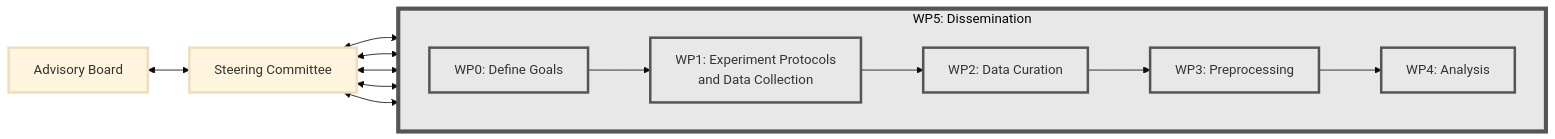
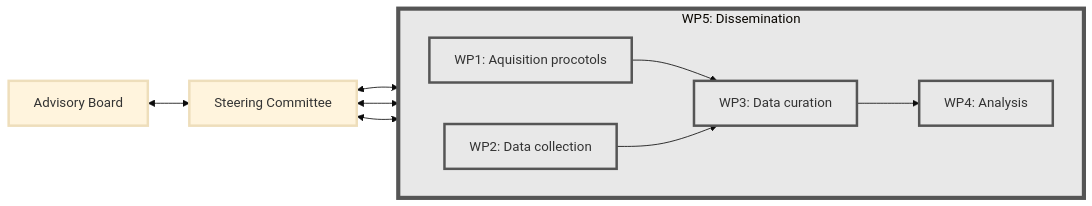
The diagram in index.qmd (JuliusWelzel/eegmanysteps), drawn with Mermaid (base theme) before and after one commit. The commit also changed other lines of this file, not shown here.

````diff
--- a/index.qmd
+++ b/index.qmd
@@ -40,37 +40,32 @@
 ```{mermaid}
 graph LR
     style A stroke-width:3px,corner-radius:5px
     style S stroke-width:3px,corner-radius:5px
-    style B0 fill:#E8E8E8,stroke:#555,stroke-width:3px,corner-radius:5px
     style B2 fill:#E8E8E8,stroke:#555,stroke-width:3px,corner-radius:5px
     style B3 fill:#E8E8E8,stroke:#555,stroke-width:3px,corner-radius:5px
     style B4 fill:#E8E8E8,stroke:#555,stroke-width:3px,corner-radius:5px
     style B5 fill:#E8E8E8,stroke:#555,stroke-width:3px,corner-radius:5px
     style B6 fill:#E8E8E8,stroke:#555,stroke-width:5px,corner-radius:5px,fontSize:44
 
     A[Advisory Board]
     S[Steering Committee]
 
-    B0[WP0: Define Goals]
-    B2[WP1: Experiment Protocols<br>and Data Collection]
-    B3[WP2: Data Curation]
-    B4[WP3: Preprocessing]
+    B2[WP1: Aquisition procotols]
+    B3[WP2: Data collection]
+    B4[WP3: Data curation]
     B5[WP4: Analysis]
     B6[WP5: Dissemination]
 
     subgraph B6[WP5: Dissemination]
         direction LR
-        B0 --> B2
-        B2 --> B3
+        B2 --> B4
         B3 --> B4
         B4 --> B5
     end
 
     A <--> S
-    S <--> B0
     S <--> B2
     S <--> B3
-    S <--> B4
     S <--> B5
 
 ```
````
